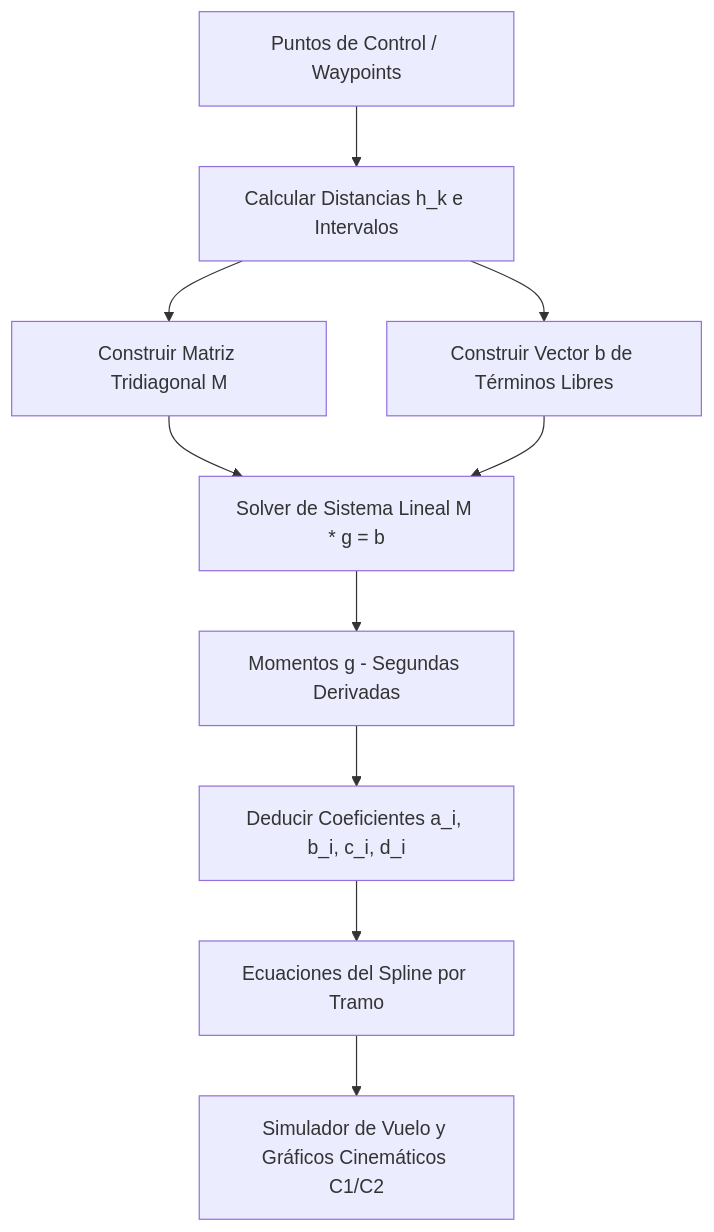
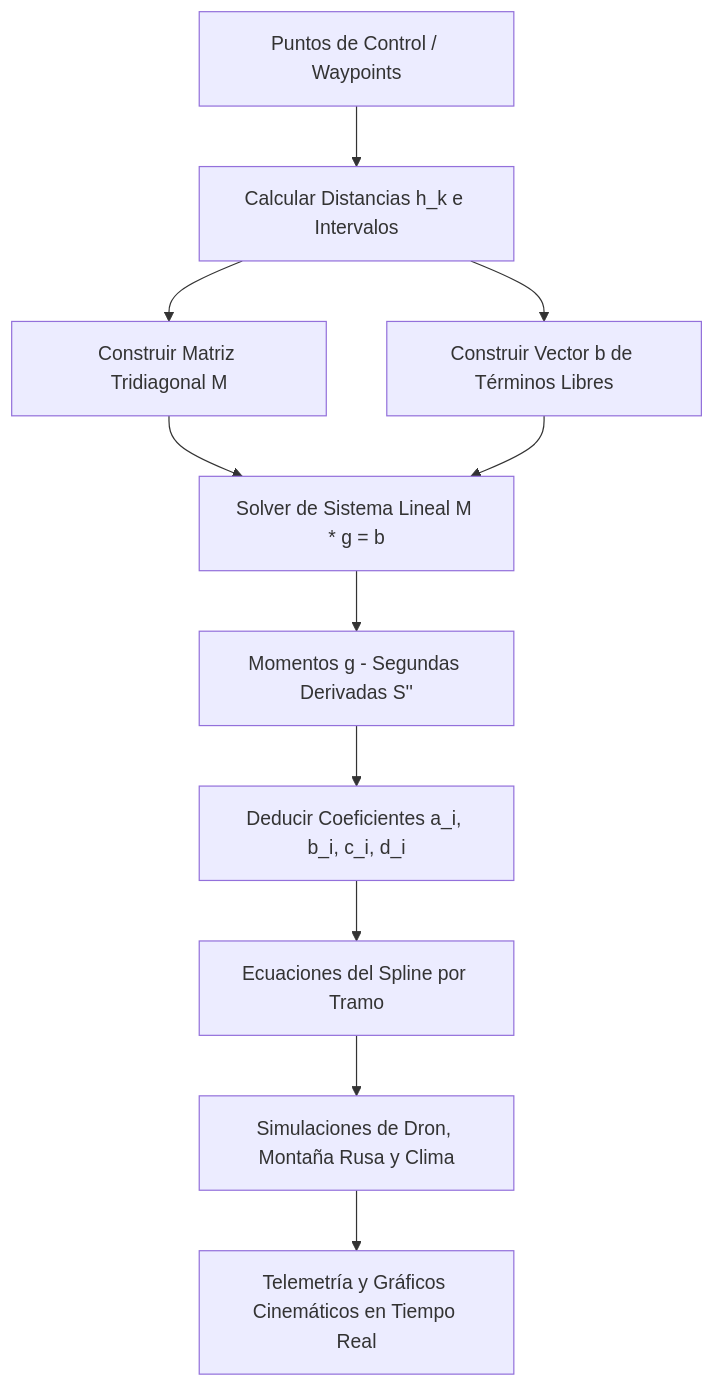
The diagram in SplineSim_Documentacion_Desarrollo.md (seskho/SplineSim), drawn with Mermaid before and after one commit. The commit also changed other lines of this file, not shown here.

````diff
--- a/SplineSim_Documentacion_Desarrollo.md
+++ b/SplineSim_Documentacion_Desarrollo.md
@@ -13,11 +13,12 @@
 ```mermaid
 graph TD
     A[Puntos de Control / Waypoints] --> B[Calcular Distancias h_k e Intervalos]
     B --> C[Construir Matriz Tridiagonal M]
     B --> D[Construir Vector b de Términos Libres]
     C & D --> E[Solver de Sistema Lineal M * g = b]
-    E --> F[Momentos g - Segundas Derivadas]
+    E --> F[Momentos g - Segundas Derivadas S'']
     F --> G[Deducir Coeficientes a_i, b_i, c_i, d_i]
     G --> H[Ecuaciones del Spline por Tramo]
-    H --> I[Simulador de Vuelo y Gráficos Cinemáticos C1/C2]
+    H --> I[Simulaciones de Dron, Montaña Rusa y Clima]
+    I --> J[Telemetría y Gráficos Cinemáticos en Tiempo Real]
 ```
````
